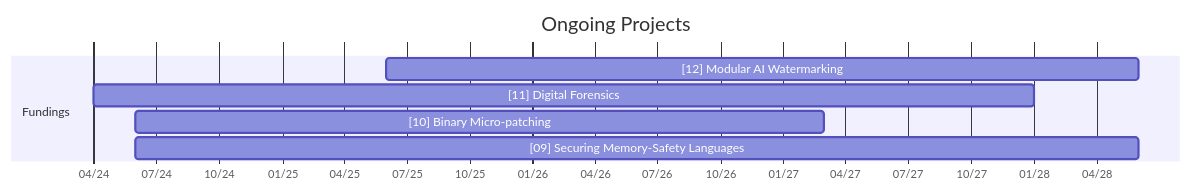
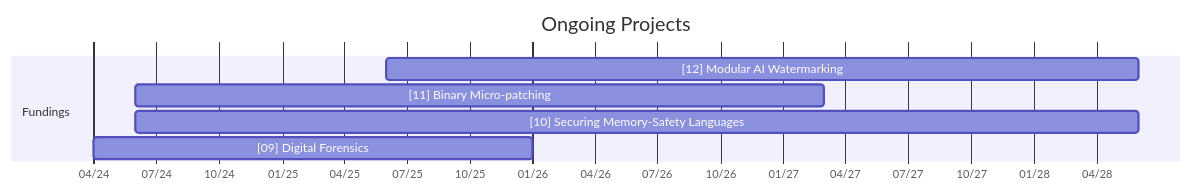
The diagram in pages/research.md (SecAI-Lab/secai-lab.github.io), drawn with Mermaid before and after one commit. The commit also changed other lines of this file and 3 other files, not shown here.

```diff
--- a/pages/research.md
+++ b/pages/research.md
@@ -9,11 +44,11 @@
 <div class="mermaid">
 gantt
   title Ongoing Projects
   dateFormat  YYYY-MM-DD
   axisFormat  %m/%y
   section Fundings
   [12] Modular AI Watermarking : 2025-06-01, 36M
-  [11] Digital Forensics: 2024-04-01, 45M
-  [10] Binary Micro-patching: 2024-06-01, 33M
-  [09] Securing Memory-Safety Languages: 2024-06-01, 48M
+  [11] Binary Micro-patching: 2024-06-01, 33M
+  [10] Securing Memory-Safety Languages: 2024-06-01, 48M
+  [09] Digital Forensics: 2024-04-01, 21M
 </div>
```
